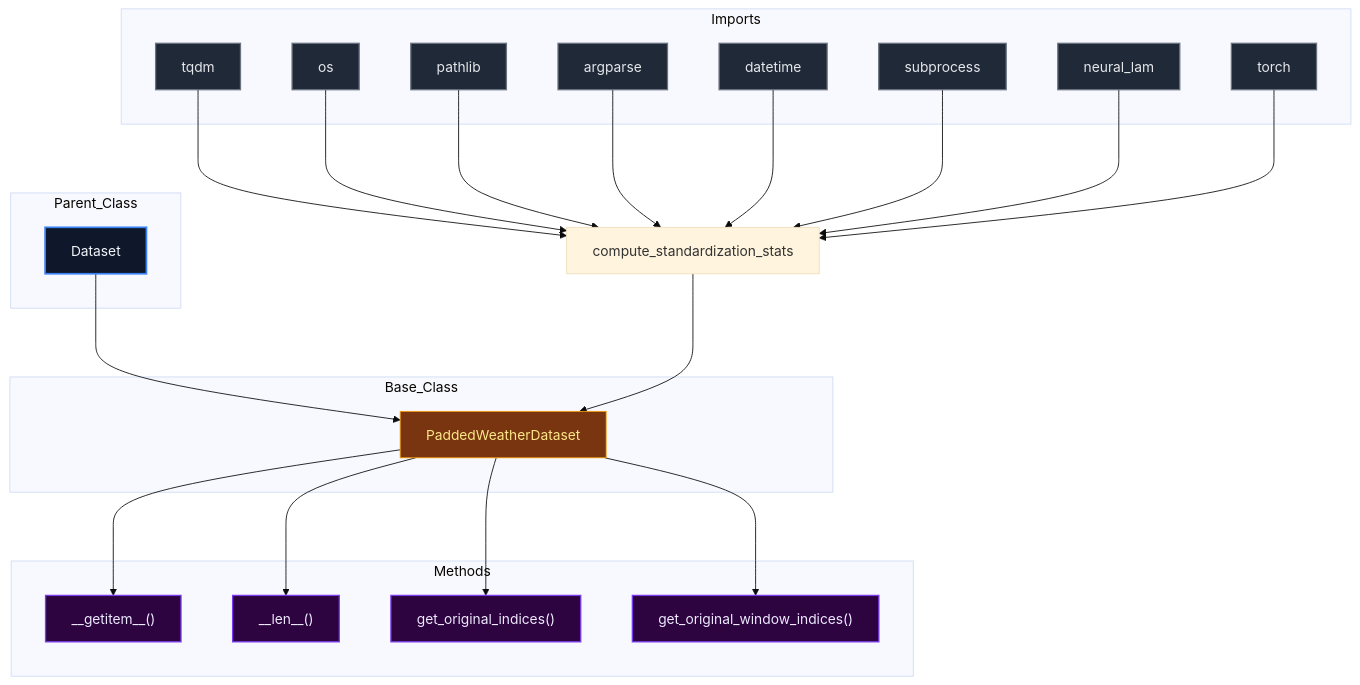
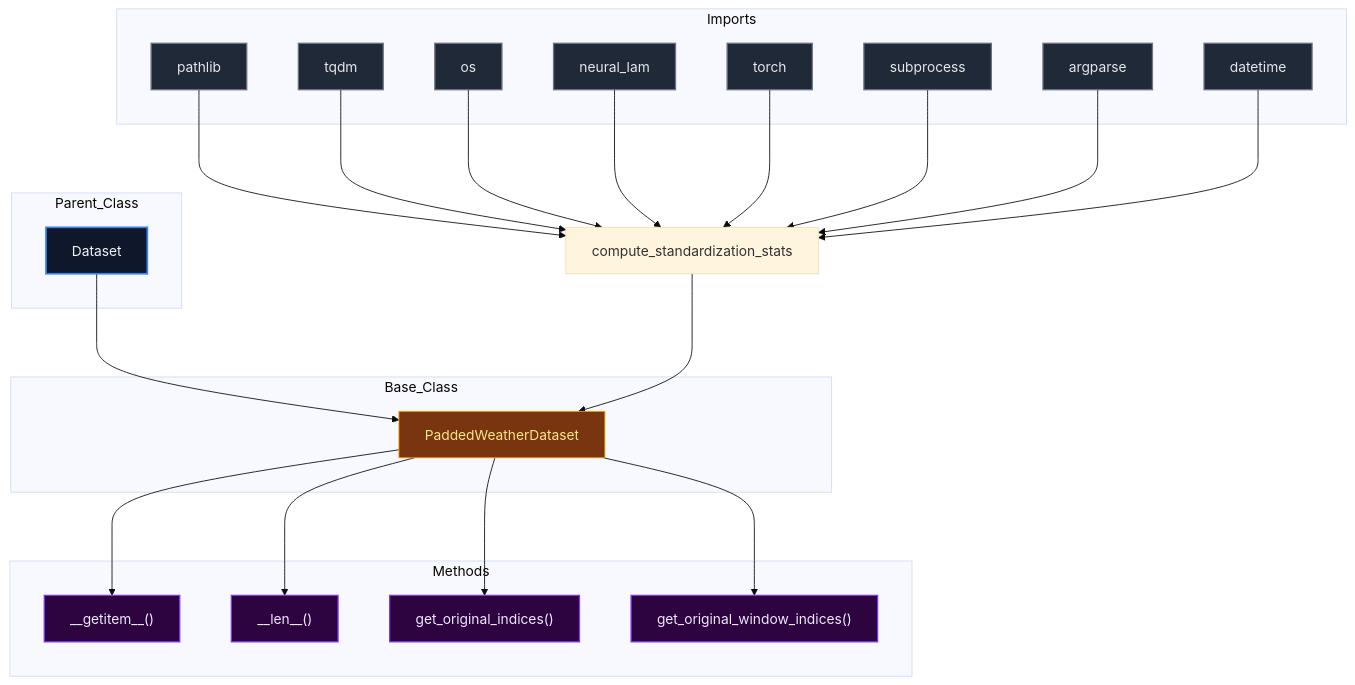
One commit to mllam/neural-lam changed the diagram in docs/diagrams/compute_standardization_stats_diagram.md. Above: the diagram before and after it, drawn with Mermaid (base theme). The commit also changed 18 other files, not shown here.

Commit message:
Auto-update Mermaid diagrams

````diff
--- a/docs/diagrams/compute_standardization_stats_diagram.md
+++ b/docs/diagrams/compute_standardization_stats_diagram.md
@@ -1,60 +1,60 @@
 ```mermaid
 %%{init: {'flowchart': {'nodeSpacing': 60, 'rankSpacing': 80}}}%%
 flowchart TD
 
 module["compute_standardization_stats"]
 
 subgraph Parent_Class
     Dataset["Dataset"]
 end
 
 subgraph Base_Class
     PaddedWeatherDataset["PaddedWeatherDataset"]
 end
 
     Dataset --> PaddedWeatherDataset
 
 subgraph Imports
+    pathlib["pathlib"]
     tqdm["tqdm"]
     os["os"]
-    pathlib["pathlib"]
+    neural_lam["neural_lam"]
+    torch["torch"]
+    subprocess["subprocess"]
     argparse["argparse"]
     datetime["datetime"]
-    subprocess["subprocess"]
-    neural_lam["neural_lam"]
-    torch["torch"]
 end
 
+    pathlib --> module
     tqdm --> module
     os --> module
-    pathlib --> module
+    neural_lam --> module
+    torch --> module
+    subprocess --> module
     argparse --> module
     datetime --> module
-    subprocess --> module
-    neural_lam --> module
-    torch --> module
     module --> PaddedWeatherDataset
 
 subgraph Methods
     PaddedWeatherDataset___getitem__["__getitem__()"]
     PaddedWeatherDataset___len__["__len__()"]
     PaddedWeatherDataset_get_original_indices["get_original_indices()"]
     PaddedWeatherDataset_get_original_window_indices["get_original_window_indices()"]
 end
 
     PaddedWeatherDataset --> PaddedWeatherDataset___getitem__
     PaddedWeatherDataset --> PaddedWeatherDataset___len__
     PaddedWeatherDataset --> PaddedWeatherDataset_get_original_indices
     PaddedWeatherDataset --> PaddedWeatherDataset_get_original_window_indices
 
 classDef parent fill:#0f172a,stroke:#3b82f6,stroke-width:2px,color:#f1f5f9,font-size:16px
 classDef base fill:#78350f,stroke:#f59e0b,stroke-width:1px,color:#fde68a,font-size:16px
 classDef import fill:#1f2937,stroke:#6b7280,stroke-width:1.5px,color:#e5e7eb,font-size:16px
 classDef method fill:#2d043f,stroke:#7c3aed,stroke-width:1.5px,color:#ede9fe,font-size:16px
 classDef callNode fill:#064e3b,stroke:#10b981,stroke-width:1.5px,color:#d1fae5,font-size:16px
 class Dataset parent
 class PaddedWeatherDataset base
-class tqdm,os,pathlib,argparse,datetime,subprocess,neural_lam,torch import
+class pathlib,tqdm,os,neural_lam,torch,subprocess,argparse,datetime import
 class PaddedWeatherDataset___getitem__,PaddedWeatherDataset___len__,PaddedWeatherDataset_get_original_indices,PaddedWeatherDataset_get_original_window_indices method
 
 ```
````
